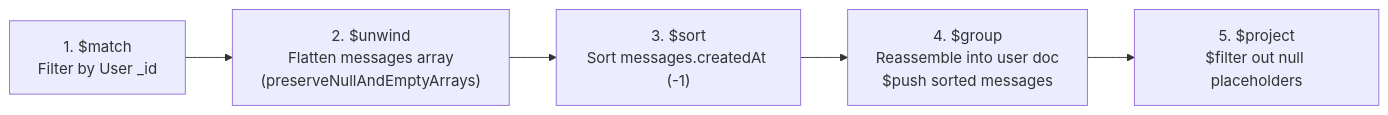
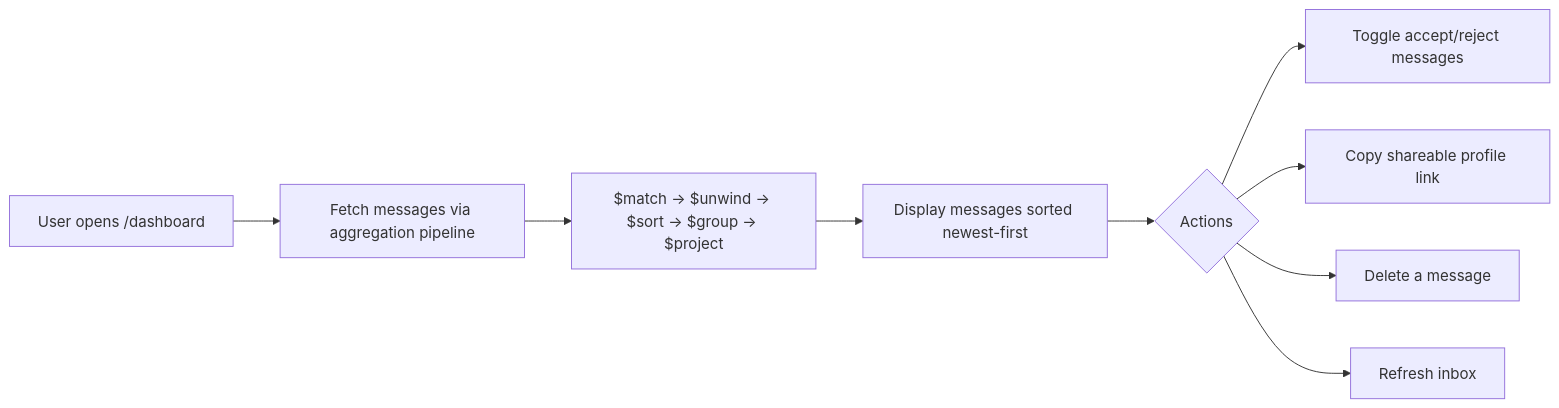
The fourth of 4 diagrams in README.md (Hitesh-85/RealTalk-AI), drawn with Mermaid before and after one commit. The commit also changed other lines of this file and 1 other file, not shown here.

````diff
--- a/README.md
+++ b/README.md
@@ -191,10 +154,11 @@
 ```mermaid
 flowchart LR
-    Stage1["1. $match<br/>Filter by User _id"]
-    Stage2["2. $unwind<br/>Flatten messages array<br/>(preserveNullAndEmptyArrays)"]
-    Stage3["3. $sort<br/>Sort messages.createdAt (-1)"]
-    Stage4["4. $group<br/>Reassemble into user doc<br/>$push sorted messages"]
-    Stage5["5. $project<br/>$filter out null placeholders"]
-
-    Stage1 --> Stage2 --> Stage3 --> Stage4 --> Stage5
+    A["User opens /dashboard"] --> B["Fetch messages via aggregation pipeline"]
+    B --> C["$match → $unwind → $sort → $group → $project"]
+    C --> D["Display messages sorted newest-first"]
+    D --> E{"Actions"}
+    E --> F["Toggle accept/reject messages"]
+    E --> G["Copy shareable profile link"]
+    E --> H["Delete a message"]
+    E --> I["Refresh inbox"]
 ```
````
